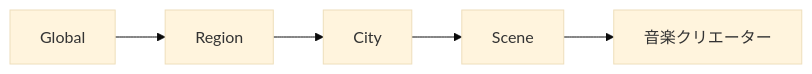
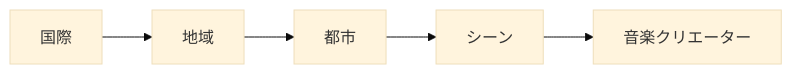
Diagram 16 of 35 in docs/whitepaper/08-discovery-community.md (ShigeichiroYamasaki/creator-first-platform), drawn with Mermaid (base theme) before and after one commit. The commit also changed other lines of this file and 72 other files, not shown here.

````diff
--- a/docs/whitepaper/08-discovery-community.md
+++ b/docs/whitepaper/08-discovery-community.md
@@ -565,10 +565,10 @@
 ```mermaid
 flowchart LR
-    GLOBAL[Global]
-    REGION[Region]
-    CITY[City]
-    SCENE[Scene]
+    GLOBAL[国際]
+    REGION[地域]
+    CITY[都市]
+    SCENE[シーン]
     CREATOR[音楽クリエーター]
 
     GLOBAL --> REGION --> CITY --> SCENE --> CREATOR
 ```
````
